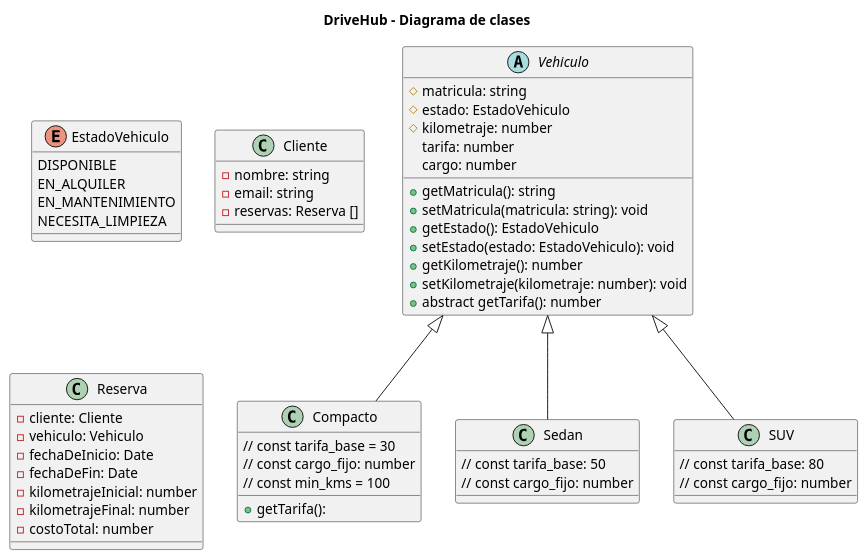
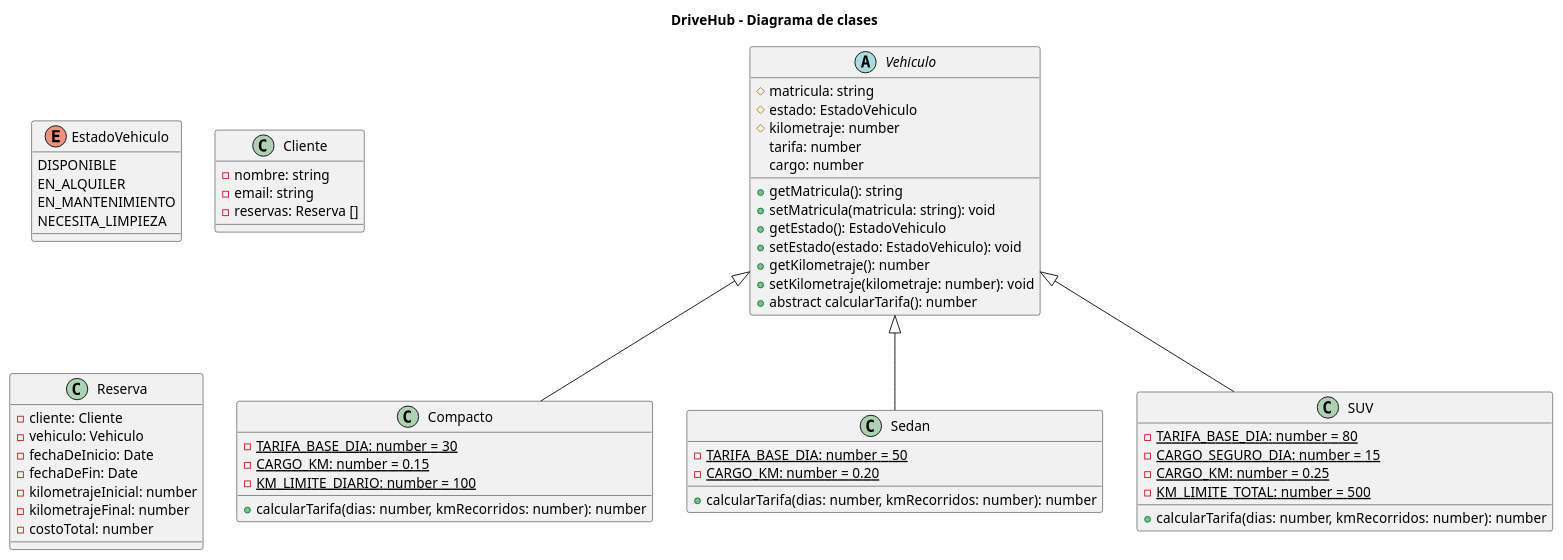
One commit to martingustavolopez/PROGRAMACION-II-CUVL changed the diagram in diagramas/diagrama.puml. Above: the diagram before and after it, drawn with PlantUML.

Commit message:
Agrego funcion calcularTarifa y atributos staticos

```diff
--- a/diagramas/diagrama.puml
+++ b/diagramas/diagrama.puml
@@ -1,94 +1,102 @@
 @startuml
 
 title DriveHub - Diagrama de clases
 
 ' Enumeracion de estado vehiculo
 enum EstadoVehiculo {
     DISPONIBLE
     EN_ALQUILER
     EN_MANTENIMIENTO
     NECESITA_LIMPIEZA
 }
 
 abstract class Vehiculo {
     # matricula: string
     # estado: EstadoVehiculo
     # kilometraje: number
     tarifa: number
     cargo: number
 
 
     + getMatricula(): string
     + setMatricula(matricula: string): void
     + getEstado(): EstadoVehiculo
     + setEstado(estado: EstadoVehiculo): void
     + getKilometraje(): number
     + setKilometraje(kilometraje: number): void
-    + abstract getTarifa(): number
+    + abstract calcularTarifa(): number
 
     
 }
 
 class Compacto {
-    // const tarifa_base = 30
-    // const cargo_fijo: number
-    // const min_kms = 100 
+    - {static} TARIFA_BASE_DIA: number = 30
+    - {static} CARGO_KM: number = 0.15
+    - {static} KM_LIMITE_DIARIO: number = 100 
 
-    + getTarifa():
+    + calcularTarifa(dias: number, kmRecorridos: number): number
 
 
 
              
 
 }
 
 class Sedan {
-    // const tarifa_base: 50
-    // const cargo_fijo: number
+    - {static} TARIFA_BASE_DIA: number = 50
+    - {static} CARGO_KM: number = 0.20
+
+    + calcularTarifa(dias: number, kmRecorridos: number): number
 
 }
 
+
 class SUV {
-    // const tarifa_base: 80
-    // const cargo_fijo: number
+    - {static} TARIFA_BASE_DIA: number = 80
+    - {static} CARGO_SEGURO_DIA: number = 15
+    - {static} CARGO_KM: number = 0.25
+    - {static} KM_LIMITE_TOTAL: number = 500
+
+    + calcularTarifa(dias: number, kmRecorridos: number): number
 
 
 }
+
 
 class Cliente {
     - nombre: string
     - email: string
     - reservas: Reserva []
 
 
 }
 
 class Reserva {
     - cliente: Cliente
     - vehiculo: Vehiculo
     - fechaDeInicio: Date
     - fechaDeFin: Date
     - kilometrajeInicial: number
     - kilometrajeFinal: number
     - costoTotal: number
 
     
 }
 
 
 
 ' Relaciones de herencia
 Vehiculo <|-- Compacto
 Vehiculo <|-- Sedan
 Vehiculo <|-- SUV
 
 
 
 
 
 
 ' Notas
 
 
 
 @enduml
```
